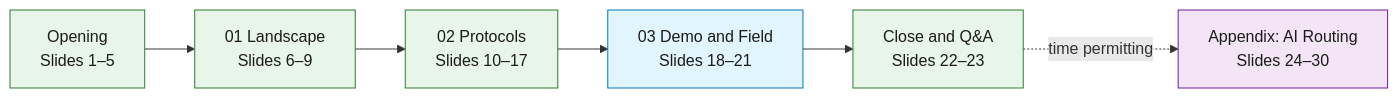
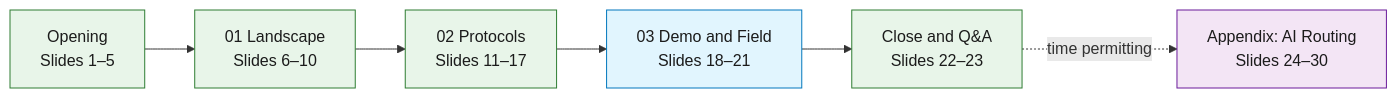
The second of 7 diagrams in docs/study-guide-frontend.md (spietrek-insight/rest-graphql-grpc-ai-routing), drawn with Mermaid before and after one commit. The commit also changed other lines of this file and 1 other file, not shown here.

````diff
--- a/docs/study-guide-frontend.md
+++ b/docs/study-guide-frontend.md
@@ -154,14 +154,14 @@
 ```mermaid
 flowchart LR
-    O["Opening<br/>Slides 1–5"] --> L["01 Landscape<br/>Slides 6–9"]
-    L --> P["02 Protocols<br/>Slides 10–17"]
+    O["Opening<br/>Slides 1–5"] --> L["01 Landscape<br/>Slides 6–10"]
+    L --> P["02 Protocols<br/>Slides 11–17"]
     P --> D["03 Demo and Field<br/>Slides 18–21"]
     D --> C["Close and Q&A<br/>Slides 22–23"]
     C -. "time permitting" .-> A["Appendix: AI Routing<br/>Slides 24–30"]
     classDef domain fill:#e8f5e9,stroke:#2e7d32,color:#1b1b1b
     classDef runtime fill:#e1f5fe,stroke:#0277bd,color:#1b1b1b
     classDef gov fill:#f3e5f5,stroke:#6a1b9a,color:#1b1b1b
     class O,L,P,C domain
     class D runtime
     class A gov
 ```
````
